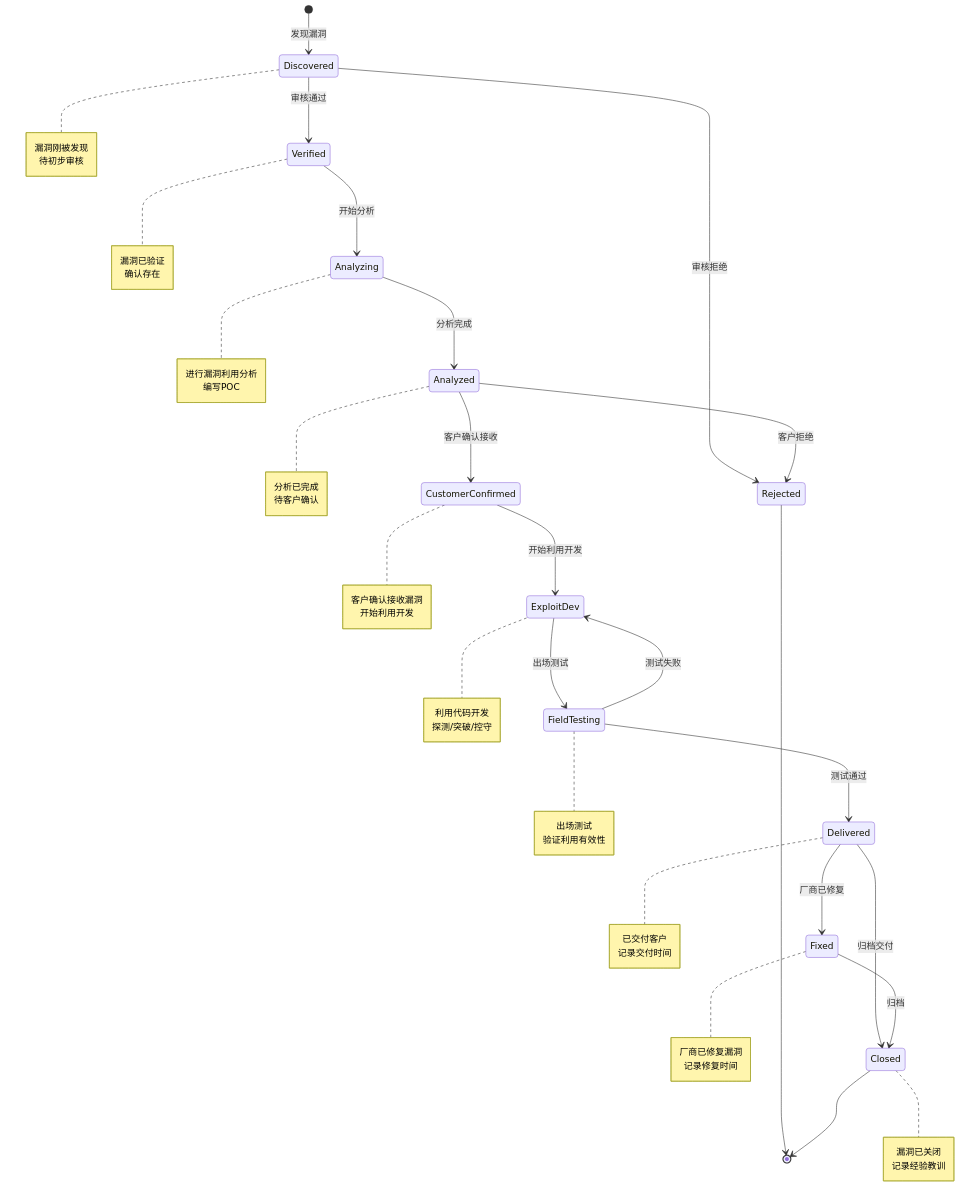
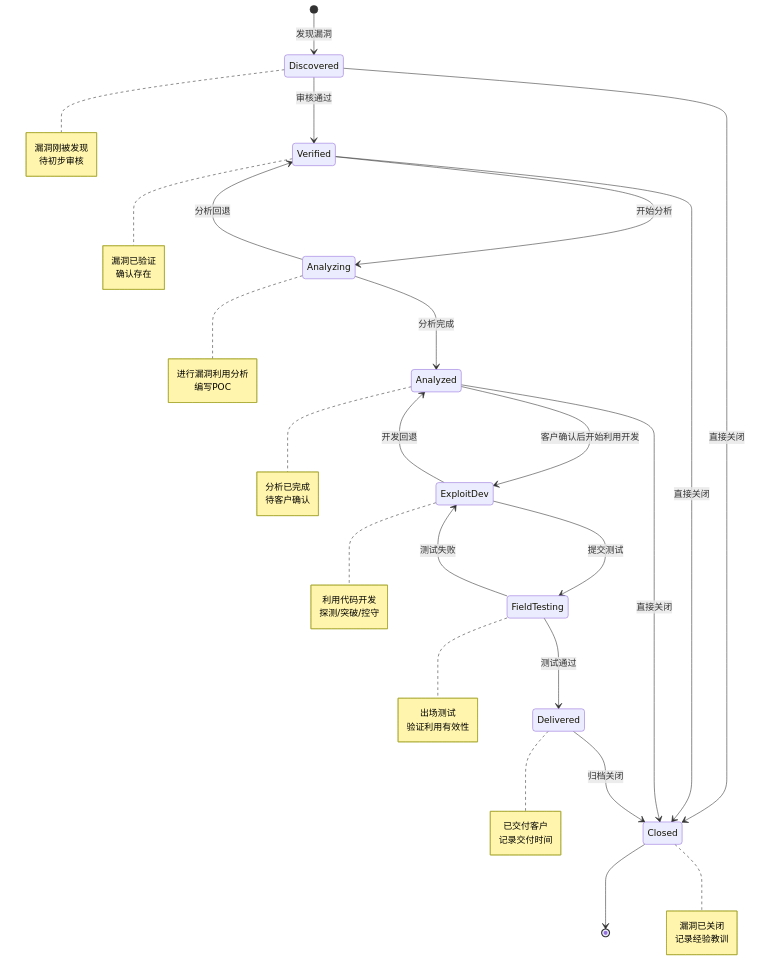
Before and after one commit to dayutech/Vuln-Audit-Lifecycle-Management: the first of 13 diagrams in docs/design/state_diagram.md, drawn with Mermaid. The commit also changed other lines of this file and 206 other files, not shown here.

````diff
--- a/docs/design/state_diagram.md
+++ b/docs/design/state_diagram.md
@@ -5,69 +7,58 @@
 ```mermaid
 stateDiagram-v2
     [*] --> Discovered: 发现漏洞
     Discovered --> Verified: 审核通过
-    Discovered --> Rejected: 审核拒绝
+    Discovered --> Closed: 直接关闭
     Verified --> Analyzing: 开始分析
+    Verified --> Closed: 直接关闭
     Analyzing --> Analyzed: 分析完成
-    Analyzed --> CustomerConfirmed: 客户确认接收
-    Analyzed --> Rejected: 客户拒绝
-    CustomerConfirmed --> ExploitDev: 开始利用开发
-    ExploitDev --> FieldTesting: 出场测试
+    Analyzing --> Verified: 分析回退
+    Analyzed --> ExploitDev: 客户确认后开始利用开发
+    Analyzed --> Closed: 直接关闭
+    ExploitDev --> FieldTesting: 提交测试
+    ExploitDev --> Analyzed: 开发回退
+    FieldTesting --> Delivered: 测试通过
     FieldTesting --> ExploitDev: 测试失败
-    FieldTesting --> Delivered: 测试通过
-    Delivered --> Closed: 归档交付
-    Delivered --> Fixed: 厂商已修复
-    Fixed --> Closed: 归档
-    Rejected --> [*]
+    Delivered --> Closed: 归档关闭
     Closed --> [*]
     
     note right of Discovered
         漏洞刚被发现
         待初步审核
     end note
     
     note right of Verified
         漏洞已验证
         确认存在
     end note
     
     note right of Analyzing
         进行漏洞利用分析
         编写POC
     end note
     
     note right of Analyzed
         分析已完成
         待客户确认
     end note
     
-    note right of CustomerConfirmed
-        客户确认接收漏洞
-        开始利用开发
-    end note
-    
     note right of ExploitDev
         利用代码开发
         探测/突破/控守
     end note
     
     note right of FieldTesting
         出场测试
         验证利用有效性
     end note
     
     note right of Delivered
         已交付客户
         记录交付时间
     end note
     
-    note right of Fixed
-        厂商已修复漏洞
-        记录修复时间
-    end note
-    
     note right of Closed
         漏洞已关闭
         记录经验教训
     end note
 ```
````
